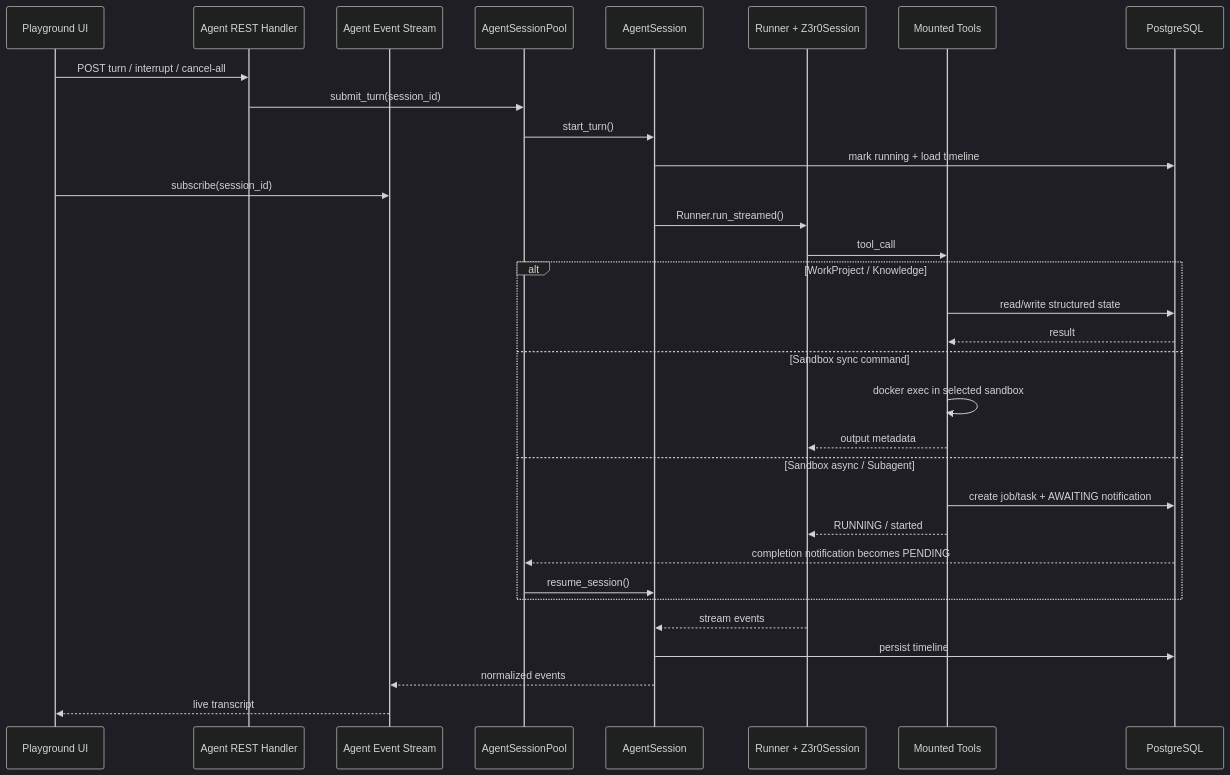
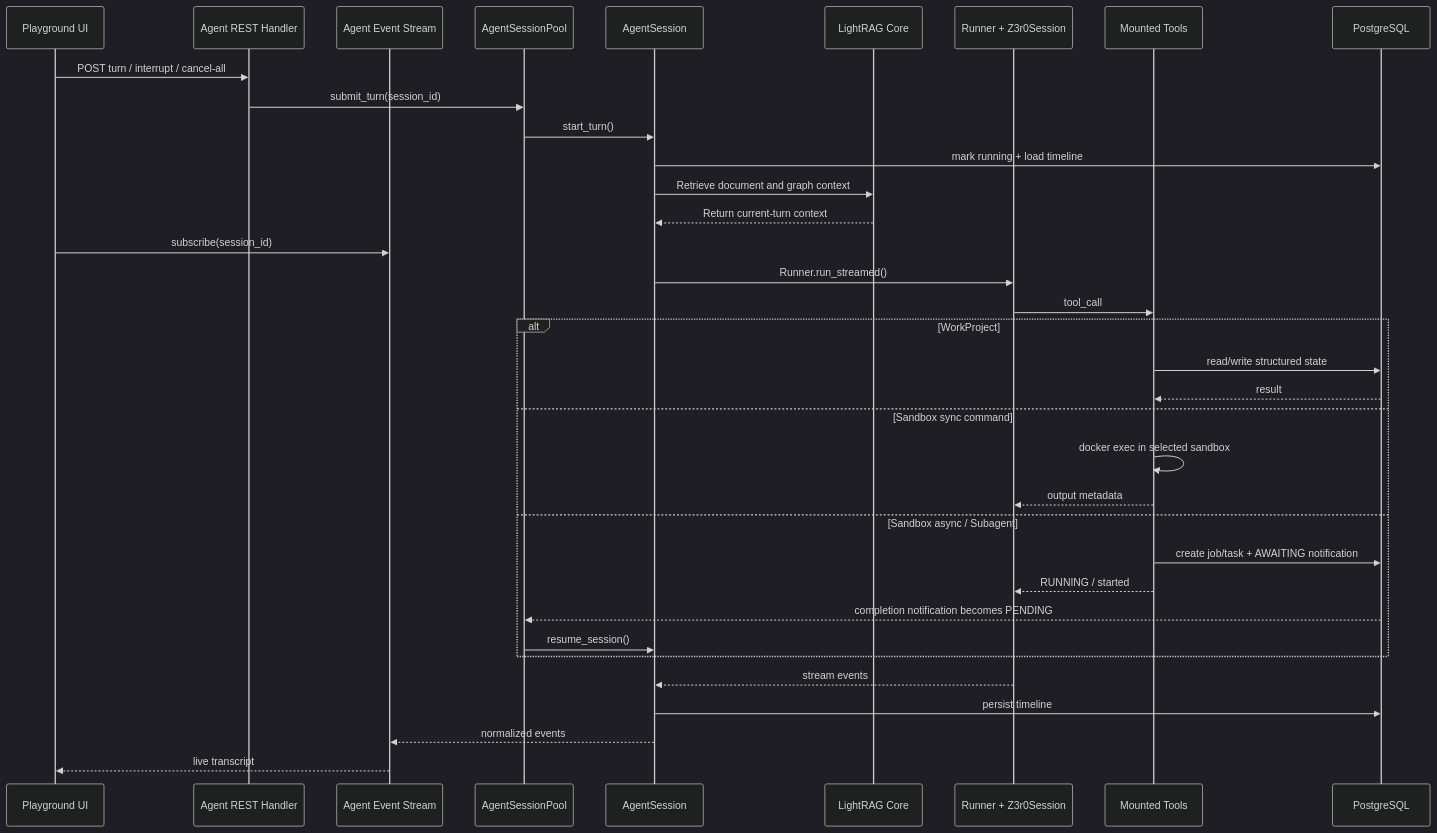
The second of 2 diagrams in docs/en/guide/overview.md (MolTau9527/Z3r0), drawn with Mermaid (dark theme) before and after one commit. The commit also changed other lines of this file and 99 other files, not shown here.

Commit message:
feat: Add LightRAG knowledge management and contextual retrieval

````diff
--- a/docs/en/guide/overview.md
+++ b/docs/en/guide/overview.md
@@ -76,38 +79,41 @@
 ```mermaid
 sequenceDiagram
   participant UI as Playground UI
   participant API as Agent REST Handler
   participant WS as Agent Event Stream
   participant Pool as AgentSessionPool
   participant Sess as AgentSession
+  participant RAG as LightRAG Core
   participant SDK as Runner + Z3r0Session
   participant Tool as Mounted Tools
   participant DB as PostgreSQL
 
   UI->>API: POST turn / interrupt / cancel-all
   API->>Pool: submit_turn(session_id)
   Pool->>Sess: start_turn()
   Sess->>DB: mark running + load timeline
+  Sess->>RAG: Retrieve document and graph context
+  RAG-->>Sess: Return current-turn context
   UI->>WS: subscribe(session_id)
   Sess->>SDK: Runner.run_streamed()
 
   SDK->>Tool: tool_call
 
-  alt WorkProject / Knowledge
+  alt WorkProject
     Tool->>DB: read/write structured state
     DB-->>Tool: result
   else Sandbox sync command
     Tool->>Tool: docker exec in selected sandbox
     Tool-->>SDK: output metadata
   else Sandbox async / Subagent
     Tool->>DB: create job/task + AWAITING notification
     Tool-->>SDK: RUNNING / started
     DB-->>Pool: completion notification becomes PENDING
     Pool->>Sess: resume_session()
   end
 
   SDK-->>Sess: stream events
   Sess->>DB: persist timeline
   Sess-->>WS: normalized events
   WS-->>UI: live transcript
 ```
````
